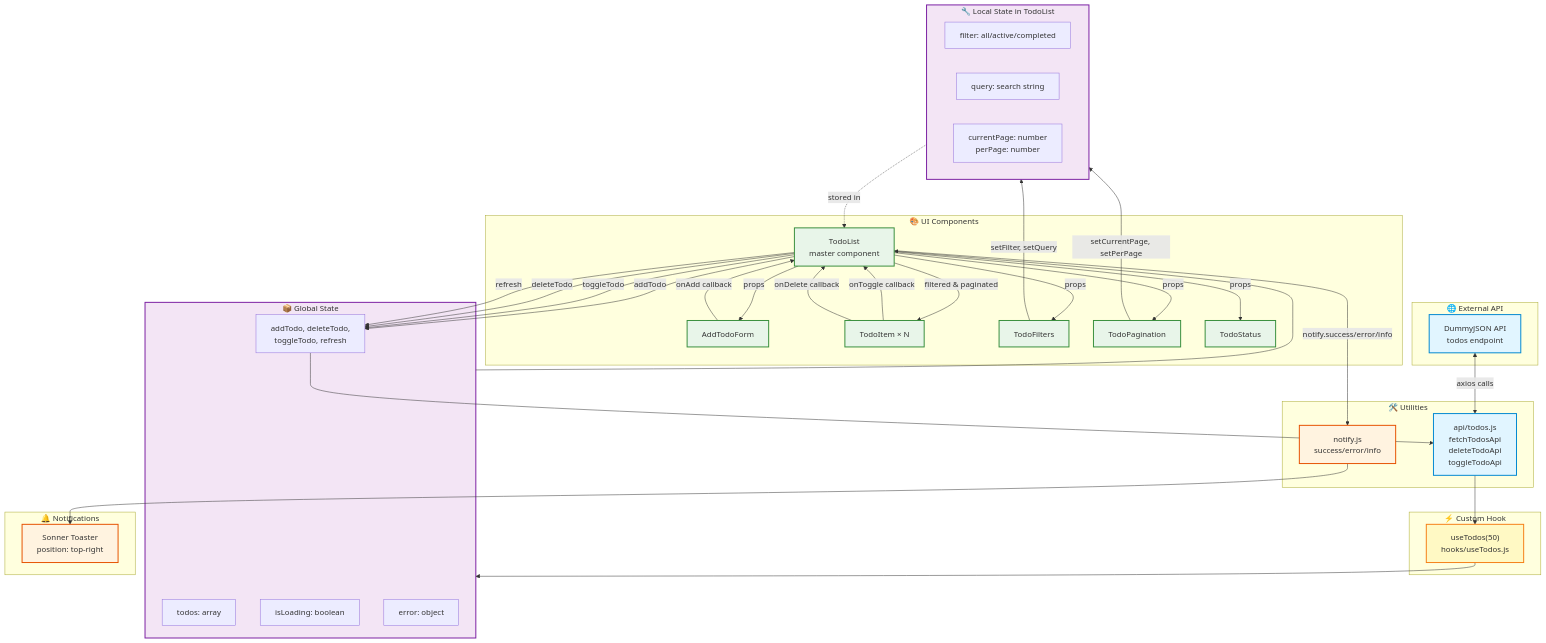
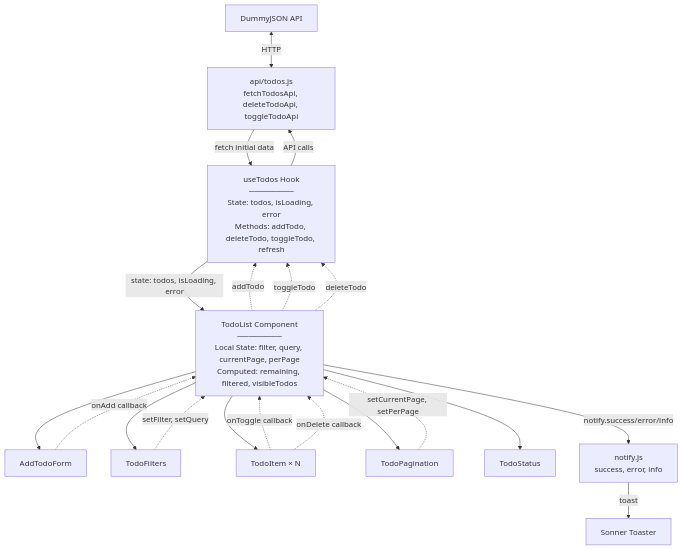
One commit to Hyptofon/todo_list changed the second of 2 diagrams in lab4/README.md. Above: the diagram before and after it, drawn with Mermaid. The commit also changed other lines of this file, not shown here.

````diff
--- a/lab4/README.md
+++ b/lab4/README.md
@@ -90,92 +90,46 @@
 ```mermaid
 flowchart TB
-    subgraph API["🌐 External API"]
-        DummyJSON[DummyJSON API<br/>todos endpoint]
-    end
+    DummyJSON[DummyJSON API]
+    TodosAPI[api/todos.js<br/>fetchTodosApi, deleteTodoApi, toggleTodoApi]
     
-    subgraph Hook["⚡ Custom Hook"]
-        useTodos["useTodos(50)<br/>hooks/useTodos.js"]
-    end
+    useTodos[useTodos Hook<br/>────────<br/>State: todos, isLoading, error<br/>Methods: addTodo, deleteTodo, toggleTodo, refresh]
     
-    subgraph GlobalState["📦 Global State"]
-        TodosState[todos: array]
-        LoadingState[isLoading: boolean]
-        ErrorState[error: object]
-        Methods[addTodo, deleteTodo,<br/>toggleTodo, refresh]
-    end
+    TodoList[TodoList Component<br/>────────<br/>Local State: filter, query, currentPage, perPage<br/>Computed: remaining, filtered, visibleTodos]
     
-    subgraph LocalState["🔧 Local State in TodoList"]
-        FilterState[filter: all/active/completed]
-        QueryState[query: search string]
-        PageState[currentPage: number<br/>perPage: number]
-    end
+    AddForm[AddTodoForm]
+    Filters[TodoFilters]
+    Items[TodoItem × N]
+    Pagination[TodoPagination]
+    Status[TodoStatus]
     
-    subgraph Components["🎨 UI Components"]
-        TodoList[TodoList<br/>master component]
-        AddForm[AddTodoForm]
-        TodoItem[TodoItem × N]
-        Filters[TodoFilters]
-        Pagination[TodoPagination]
-        Status[TodoStatus]
-    end
+    NotifyUtil[notify.js<br/>success, error, info]
+    Sonner[Sonner Toaster]
     
-    subgraph Utils["🛠️ Utilities"]
-        Notify[notify.js<br/>success/error/info]
-        API_File[api/todos.js<br/>fetchTodosApi<br/>deleteTodoApi<br/>toggleTodoApi]
-    end
+    DummyJSON <-->|HTTP| TodosAPI
+    TodosAPI -->|fetch initial data| useTodos
+    useTodos -->|API calls| TodosAPI
     
-    subgraph Notifications["🔔 Notifications"]
-        Sonner[Sonner Toaster<br/>position: top-right]
-    end
+    useTodos -->|state: todos, isLoading, error| TodoList
     
-    %% API Flow
-    DummyJSON <-->|axios calls| API_File
-    API_File --> useTodos
+    TodoList --> AddForm
+    TodoList --> Filters
+    TodoList --> Status
+    TodoList --> Items
+    TodoList --> Pagination
     
-    %% Hook to State
-    useTodos --> GlobalState
+    AddForm -.->|onAdd callback| TodoList
+    TodoList -.->|addTodo| useTodos
     
-    %% State to Components
-    GlobalState --> TodoList
-    LocalState -.stored in.-> TodoList
+    Items -.->|onToggle callback| TodoList
+    TodoList -.->|toggleTodo| useTodos
     
-    %% TodoList distributes data
-    TodoList -->|props| AddForm
-    TodoList -->|props| Filters
-    TodoList -->|props| Status
-    TodoList -->|props| Pagination
-    TodoList -->|filtered & paginated| TodoItem
+    Items -.->|onDelete callback| TodoList
+    TodoList -.->|deleteTodo| useTodos
     
-    %% User Actions
-    AddForm -->|onAdd callback| TodoList
-    TodoItem -->|onToggle callback| TodoList
-    TodoItem -->|onDelete callback| TodoList
-    Filters -->|setFilter, setQuery| LocalState
-    Pagination -->|setCurrentPage, setPerPage| LocalState
+    Filters -.->|setFilter, setQuery| TodoList
+    Pagination -.->|setCurrentPage, setPerPage| TodoList
     
-    %% TodoList calls Hook methods
-    TodoList -->|addTodo| Methods
-    TodoList -->|toggleTodo| Methods
-    TodoList -->|deleteTodo| Methods
-    TodoList -->|refresh| Methods
+    TodoList -->|notify.success/error/info| NotifyUtil
+    NotifyUtil -->|toast| Sonner
     
-    %% Methods update API
-    Methods --> API_File
-    
-    %% Notifications
-    TodoList -->|notify.success/error/info| Notify
-    Notify --> Sonner
-    
-    %% Styling
-    classDef apiStyle fill:#e1f5ff,stroke:#0288d1,stroke-width:2px
-    classDef hookStyle fill:#fff9c4,stroke:#f57f17,stroke-width:2px
-    classDef stateStyle fill:#f3e5f5,stroke:#7b1fa2,stroke-width:2px
-    classDef componentStyle fill:#e8f5e9,stroke:#388e3c,stroke-width:2px
-    classDef utilStyle fill:#fff3e0,stroke:#e65100,stroke-width:2px
-    
-    class DummyJSON,API_File apiStyle
-    class useTodos hookStyle
-    class GlobalState,LocalState stateStyle
-    class TodoList,AddForm,TodoItem,Filters,Pagination,Status componentStyle
-    class Notify,Sonner utilStyle
 ```
````
